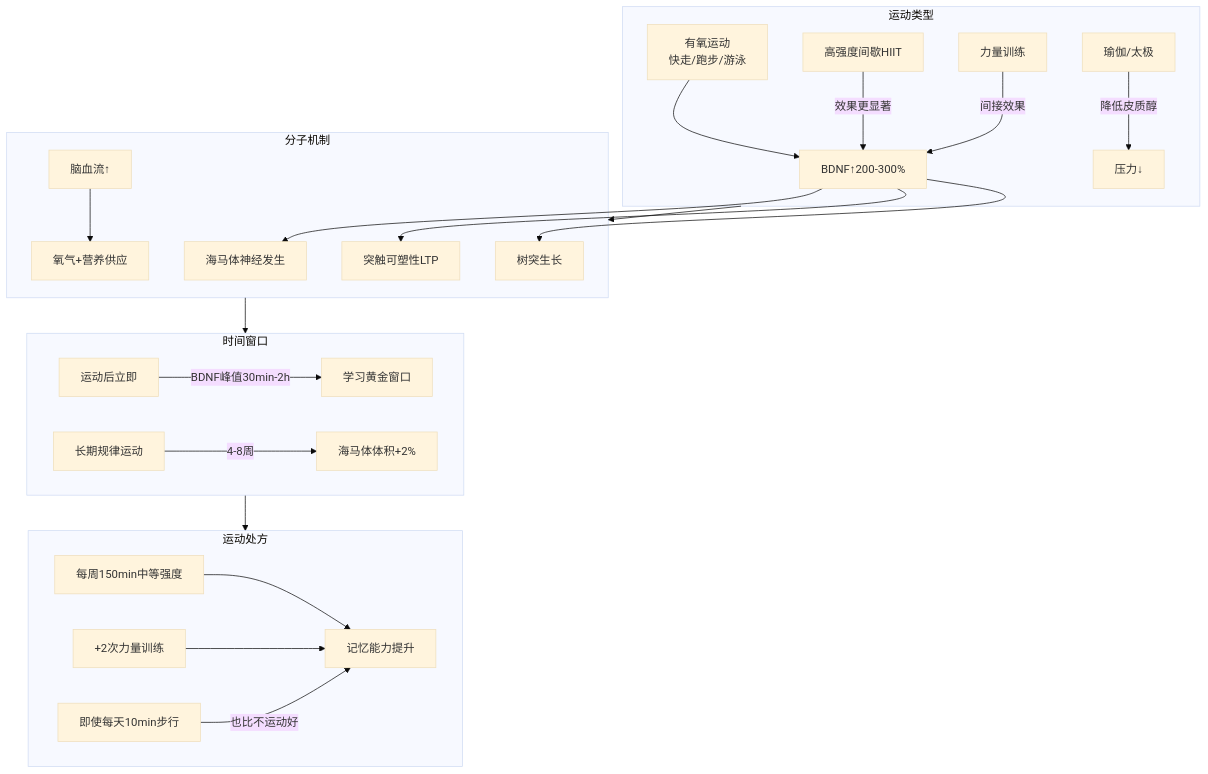
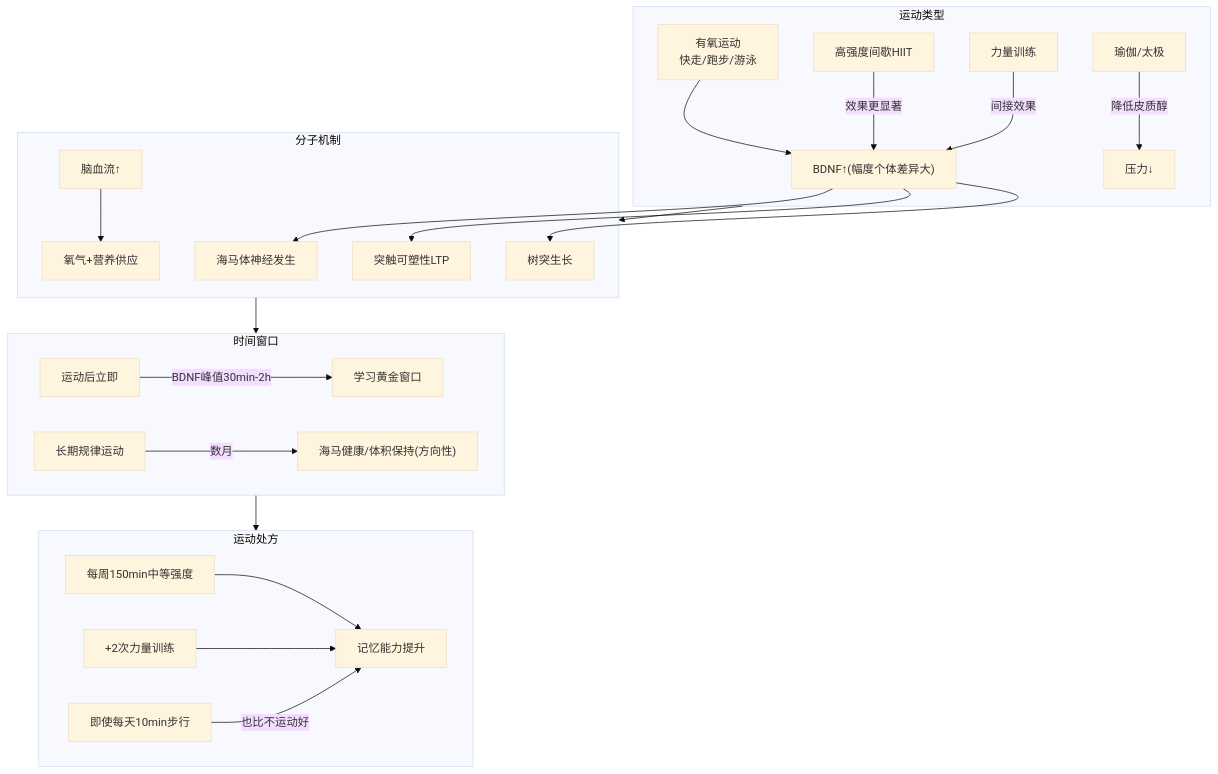
Before and after one commit to brother2050/memory-guide: the diagram in 29-记忆与运动.md, drawn with Mermaid (base theme). The commit also changed other lines of this file and 125 other files, not shown here.

````diff
--- a/29-记忆与运动.md
+++ b/29-记忆与运动.md
@@ -55,31 +77,31 @@
 ```mermaid
 graph TD
     subgraph EXERCISE["运动类型"]
-        AEROBIC["有氧运动\n快走/跑步/游泳"] --> BDNF_UP["BDNF↑200-300%"]
+        AEROBIC["有氧运动\n快走/跑步/游泳"] --> BDNF_UP["BDNF↑(幅度个体差异大)"]
         HIIT["高强度间歇HIIT"] -->|"效果更显著"| BDNF_UP
         STRENGTH["力量训练"] -->|"间接效果"| BDNF_UP
         YOGA["瑜伽/太极"] -->|"降低皮质醇"| STRESS_DOWN["压力↓"]
     end
 
     subgraph MECHANISM["分子机制"]
         BDNF_UP --> NEUROGENESIS["海马体神经发生"]
         BDNF_UP --> SYNAPSE["突触可塑性LTP"]
         BDNF_UP --> DENDRITE["树突生长"]
         BLOOD_FLOW["脑血流↑"] --> OXYGEN["氧气+营养供应"]
     end
 
     subgraph TIMING["时间窗口"]
         IMMEDIATE["运动后立即"] -->|"BDNF峰值30min-2h"| STUDY["学习黄金窗口"]
-        LONG_TERM["长期规律运动"] -->|"4-8周"| HIPPO_UP["海马体体积+2%"]
+        LONG_TERM["长期规律运动"] -->|"数月"| HIPPO_UP["海马健康/体积保持(方向性)"]
     end
 
     subgraph PRESCRIPTION["运动处方"]
         WEEKLY["每周150min中等强度"] --> RESULT["记忆能力提升"]
         WEEKLY2["+2次力量训练"] --> RESULT
         DAILY["即使每天10min步行"] -->|"也比不运动好"| RESULT
     end
 
     EXERCISE --> MECHANISM
     MECHANISM --> TIMING
     TIMING --> PRESCRIPTION
 ```
````
